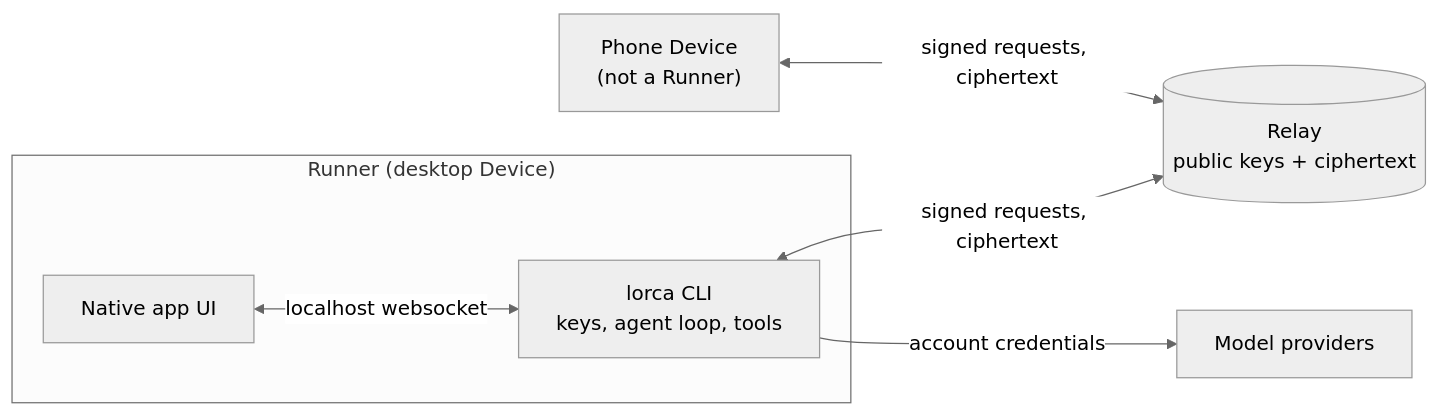
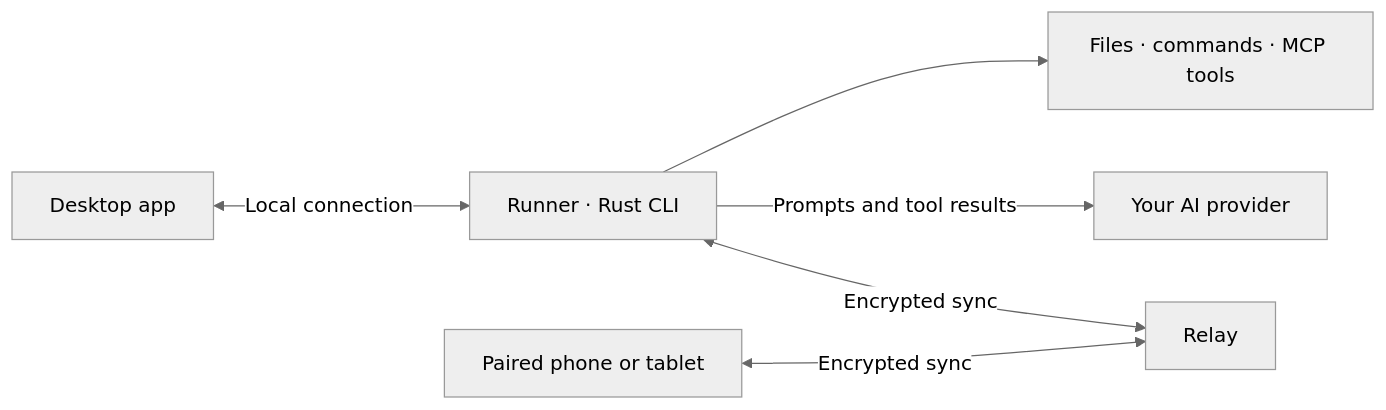
Before and after one commit to bloodf/beans: the diagram in README.md, drawn with Mermaid (neutral theme). The commit also changed other lines of this file, not shown here.

````diff
--- a/README.md
+++ b/README.md
@@ -46,12 +80,8 @@
 ```mermaid
 flowchart LR
-  subgraph Runner["Runner (desktop Device)"]
-    App["Native app UI"] <-->|"localhost websocket"| CLI["lorca CLI<br/>keys, agent loop, tools"]
-  end
-  Phone["Phone Device<br/>(not a Runner)"]
-  Relay[("Relay<br/>public keys + ciphertext")]
-  Models["Model providers"]
-  CLI <-->|"signed requests, ciphertext"| Relay
-  Phone <-->|"signed requests, ciphertext"| Relay
-  CLI -->|"account credentials"| Models
+  Desktop["Desktop app"] <-->|"Local connection"| Runner["Runner · Rust CLI"]
+  Runner <-->|"Encrypted sync"| Relay["Relay"]
+  Phone["Paired phone or tablet"] <-->|"Encrypted sync"| Relay
+  Runner -->|"Prompts and tool results"| Provider["Your AI provider"]
+  Runner --> Tools["Files · commands · MCP tools"]
 ```
````
